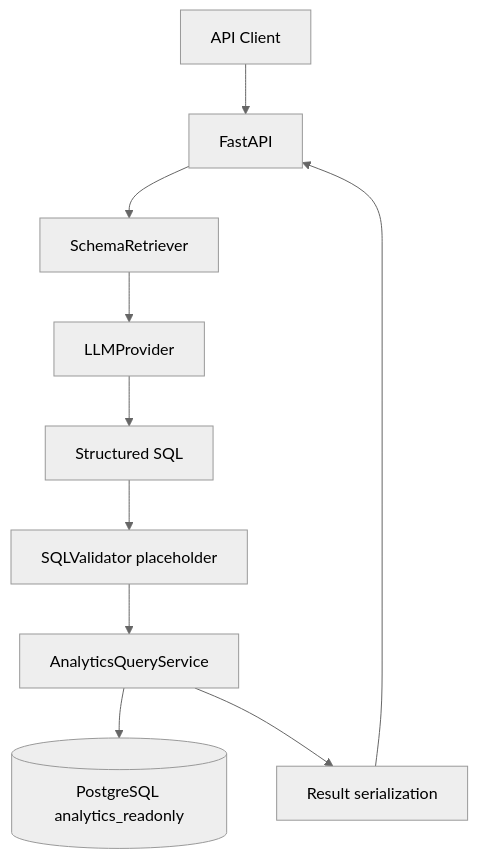
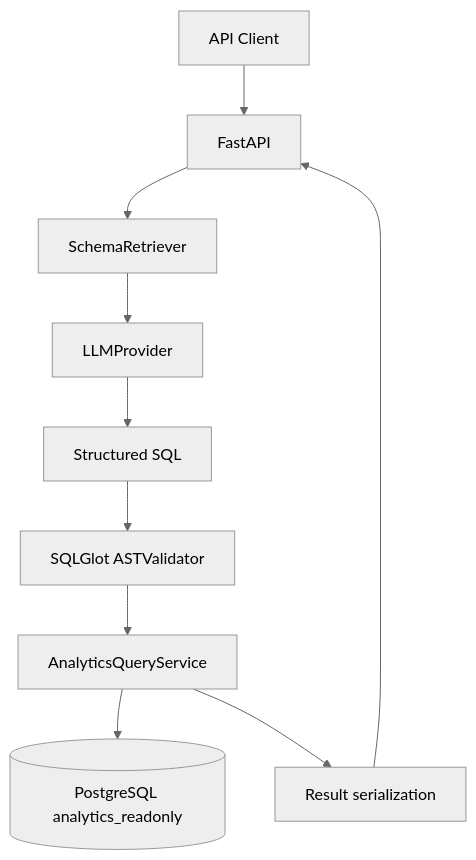
One commit to TitanMashy/ai-sql-analytics-copilot changed the diagram in docs/architecture.md. Above: the diagram before and after it, drawn with Mermaid (neutral theme). The commit also changed 20 other files, not shown here.

````diff
--- a/docs/architecture.md
+++ b/docs/architecture.md
@@ -3,12 +3,12 @@
 ```mermaid
 flowchart TD
     Client[API Client] --> API[FastAPI]
     API --> Retrieval[SchemaRetriever]
     Retrieval --> Provider[LLMProvider]
     Provider --> Generation[Structured SQL]
-    Generation --> Validation[SQLValidator placeholder]
+    Generation --> Validation[SQLGlot ASTValidator]
     Validation --> Service[AnalyticsQueryService]
     Service --> Analytics[(PostgreSQL analytics_readonly)]
     Service --> Serialization[Result serialization]
     Serialization --> API
 ```
````
